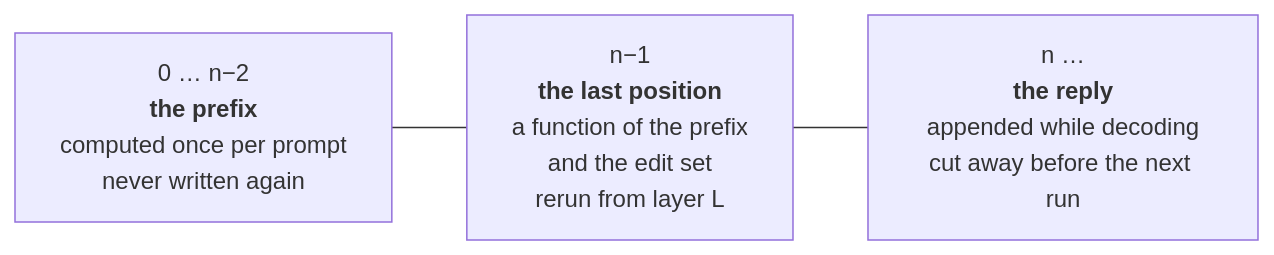
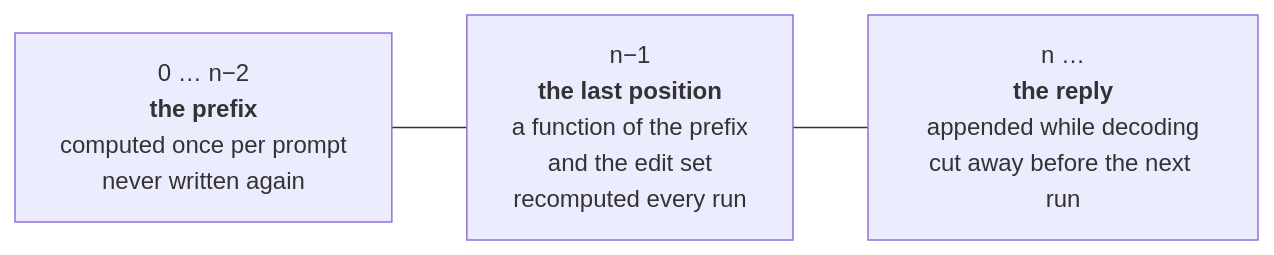
The second of 4 diagrams in docs/architecture/logical-overview.md (plainsight-systems/frizzle), drawn with Mermaid before and after one commit. The commit also changed other lines of this file and 13 other files, not shown here.

````diff
--- a/docs/architecture/logical-overview.md
+++ b/docs/architecture/logical-overview.md
@@ -70,7 +67,7 @@
 ```mermaid
 flowchart LR
   P["0 … n−2<br/><b>the prefix</b><br/>computed once per prompt<br/>never written again"]
-  L["n−1<br/><b>the last position</b><br/>a function of the prefix<br/>and the edit set<br/>rerun from layer L"]
+  L["n−1<br/><b>the last position</b><br/>a function of the prefix<br/>and the edit set<br/>recomputed every run"]
   G["n …<br/><b>the reply</b><br/>appended while decoding<br/>cut away before the next run"]
   P --- L --- G
 ```
````
